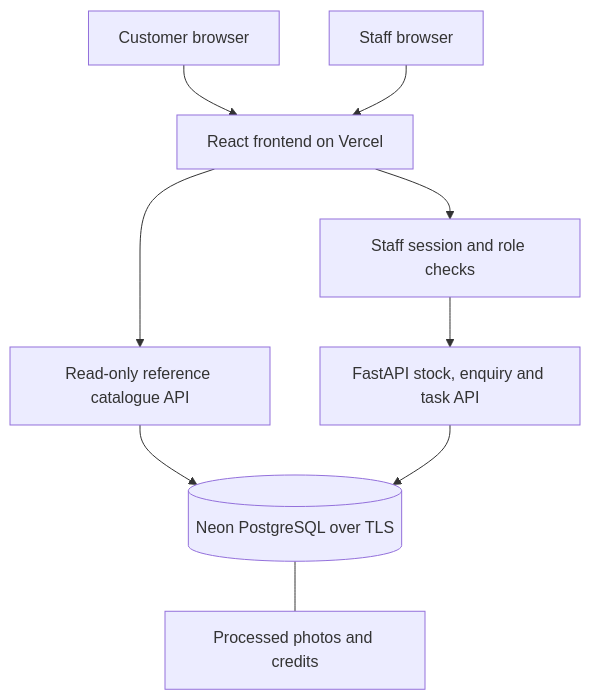
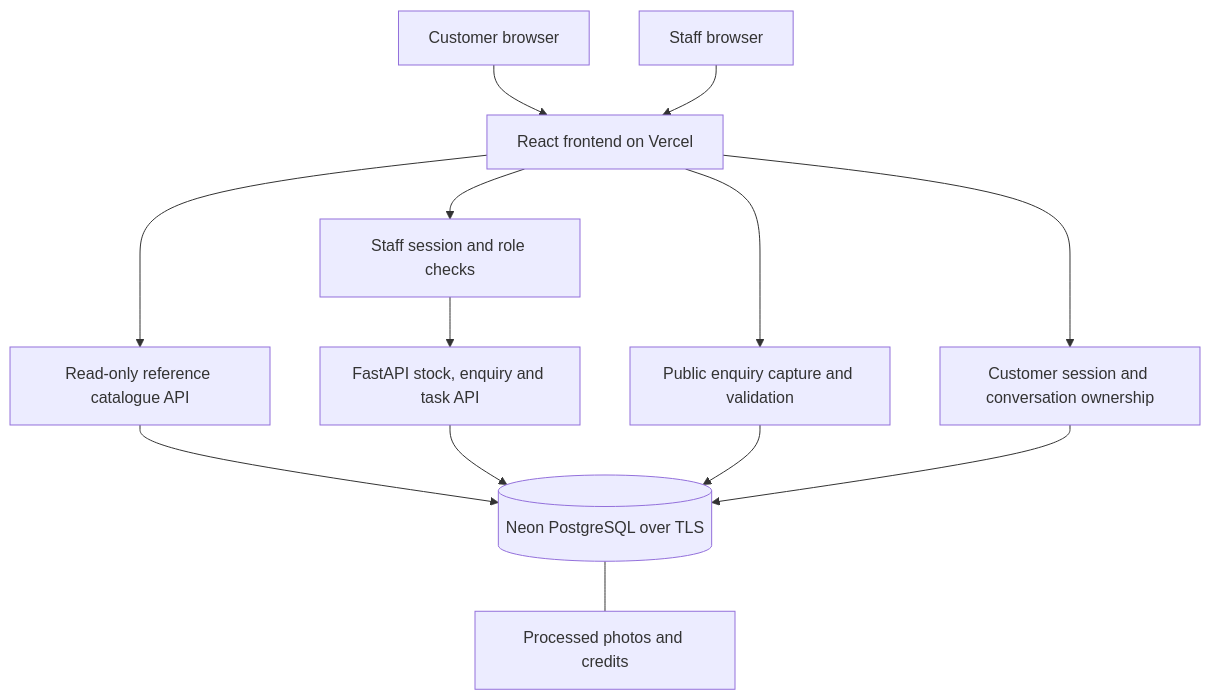
The diagram in README.md (mohanoor-ai/dealer-desk), drawn with Mermaid before and after one commit. The commit also changed other lines of this file and 3 other files, not shown here.

Commit message:
Document released customer and staff enquiry workflows

````diff
--- a/README.md
+++ b/README.md
@@ -104,11 +125,15 @@
 ```mermaid
 flowchart TB
     Visitor[Customer browser] --> Web[React frontend on Vercel]
     Staff[Staff browser] --> Web
     Web --> Catalogue[Read-only reference catalogue API]
+    Web --> Enquiry[Public enquiry capture and validation]
+    Web --> Customer[Customer session and conversation ownership]
     Web --> Auth[Staff session and role checks]
     Auth --> API[FastAPI stock, enquiry and task API]
     Catalogue --> DB[(Neon PostgreSQL over TLS)]
     API --> DB
+    Enquiry --> DB
+    Customer --> DB
     DB --- Media[Processed photos and credits]
 ```
````
